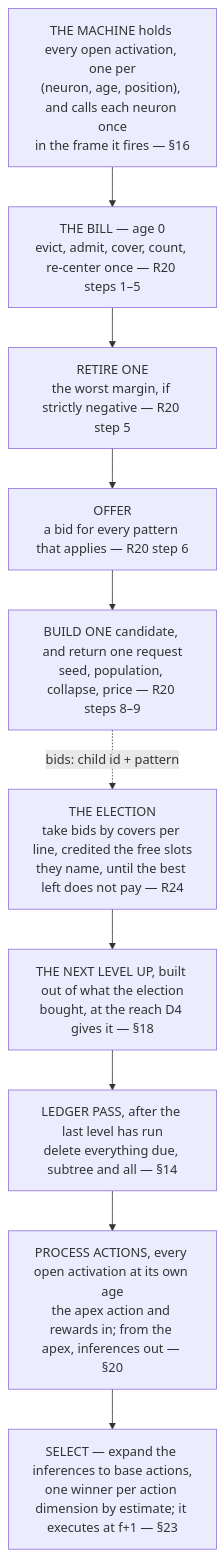
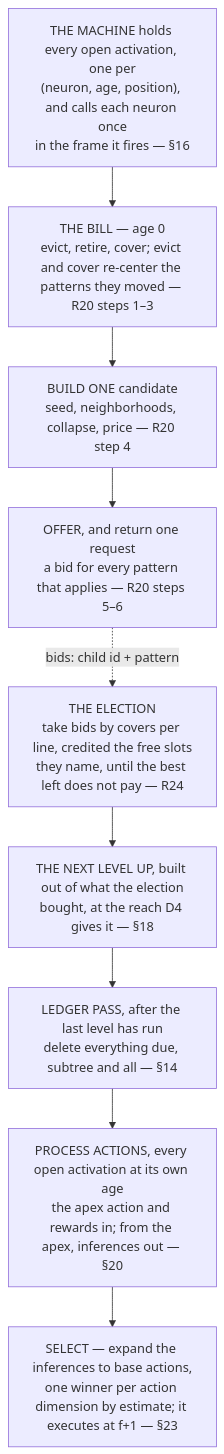
Before and after one commit to cucar/robot_brain: the diagram in docs/algorithm-remarks.md, drawn with Mermaid. The commit also changed other lines of this file and 3 other files, not shown here.

Commit message:
re-centering is a definition (D29); it rides evict and cover, retirement only frees neighbors to the residual

````diff
--- a/docs/algorithm-remarks.md
+++ b/docs/algorithm-remarks.md
@@ -934,13 +933,12 @@
 ```mermaid
 flowchart TD
     A["THE MACHINE holds every open activation, one per<br/>(neuron, age, position), and calls each neuron once<br/>in the frame it fires — §16"]
-    A --> B["THE BILL — age 0<br/>evict, admit, cover, count, re-center once — R20 steps 1–5"]
-    B --> DEL["RETIRE ONE<br/>the worst margin, if strictly negative — R20 step 5"]
-    DEL --> P["OFFER<br/>a bid for every pattern that applies — R20 step 6"]
-    P --> M["BUILD ONE candidate, and return one request<br/>seed, population, collapse, price — R20 steps 8–9"]
-    M -.->|"bids: child id + pattern"| X["THE ELECTION<br/>take bids by covers per line, credited the free slots<br/>they name, until the best left does not pay — R24"]
+    A --> B["THE BILL — age 0<br/>evict, retire, cover; evict and cover re-center the patterns they moved — R20 steps 1–3"]
+    B --> M["BUILD ONE candidate<br/>seed, neighborhoods, collapse, price — R20 step 4"]
+    M --> P["OFFER, and return one request<br/>a bid for every pattern that applies — R20 steps 5–6"]
+    P -.->|"bids: child id + pattern"| X["THE ELECTION<br/>take bids by covers per line, credited the free slots<br/>they name, until the best left does not pay — R24"]
     X --> O["THE NEXT LEVEL UP, built out of what the election<br/>bought, at the reach D4 gives it — §18"]
     O --> Z["LEDGER PASS, after the last level has run<br/>delete everything due, subtree and all — §14"]
     Z --> W["PROCESS ACTIONS, every open activation at its own age<br/>the apex action and rewards in; from the apex, inferences out — §20"]
     W --> S["SELECT — expand the inferences to base actions,<br/>one winner per action dimension by estimate; it executes at f+1 — §23"]
 ```
````
